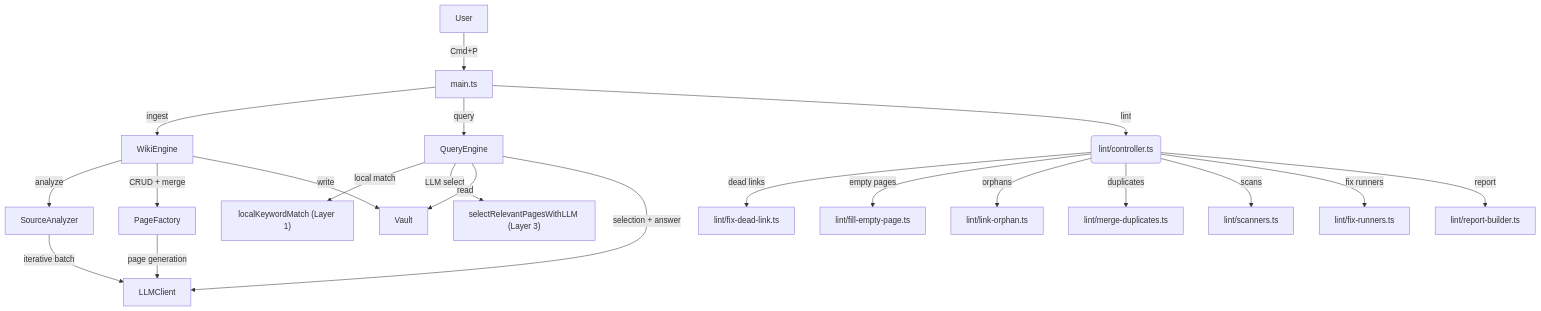
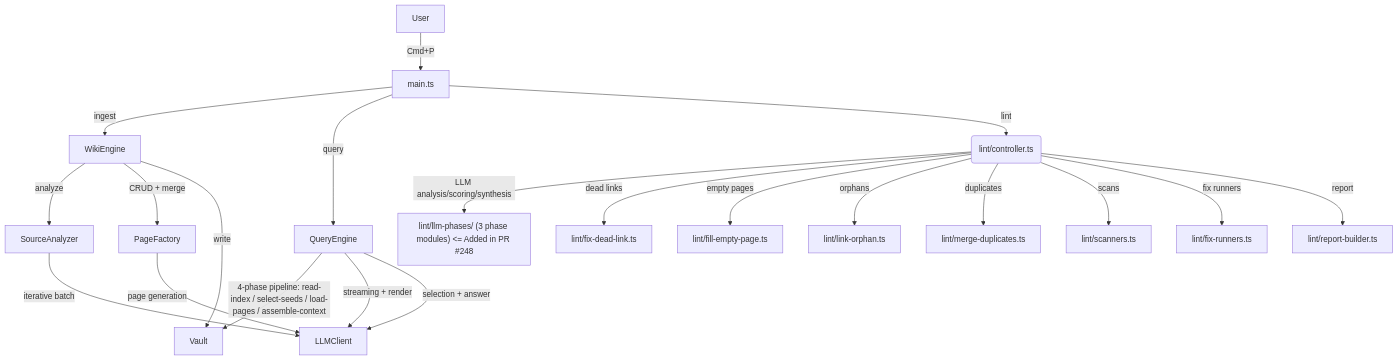
Before and after one commit to green-dalii/obsidian-llm-wiki: the diagram in CONTRIBUTING.md, drawn with Mermaid. The commit also changed other lines of this file and 12 other files, not shown here.

````diff
--- a/CONTRIBUTING.md
+++ b/CONTRIBUTING.md
@@ -179,27 +186,27 @@
 ```mermaid
 graph TD
     User -->|Cmd+P| main.ts
     main.ts -->|ingest| WikiEngine
     main.ts -->|query| QueryEngine
-    main.ts -->|lint| lint("lint/controller.ts")
+    main.ts -->|lint| lint("lint/controller.ts + 3 phase modules")
 
     WikiEngine -->|analyze| SourceAnalyzer
     WikiEngine -->|CRUD + merge| PageFactory
     WikiEngine -->|write| Vault
 
-    QueryEngine -->|local match| localKeywordMatch["localKeywordMatch (Layer 1)"]
-    QueryEngine -->|LLM select| selectRelevantPagesWithLLM["selectRelevantPagesWithLLM (Layer 3)"]
-    QueryEngine -->|read| Vault
+    QueryEngine -->|4-phase pipeline: read-index / select-seeds / load-pages / assemble-context| Vault
+    QueryEngine -->|streaming + render| LLMClient
 
+    lint("lint/controller.ts") -->|LLM analysis/scoring/synthesis| llm-phases["lint/llm-phases/ (3 phase modules) <= Added in PR #248"]
     lint("lint/controller.ts") -->|dead links| fix-dead-link["lint/fix-dead-link.ts"]
     lint("lint/controller.ts") -->|empty pages| fill-empty-page["lint/fill-empty-page.ts"]
     lint("lint/controller.ts") -->|orphans| link-orphan["lint/link-orphan.ts"]
     lint("lint/controller.ts") -->|duplicates| merge-duplicates["lint/merge-duplicates.ts"]
     lint("lint/controller.ts") -->|scans| scanners["lint/scanners.ts"]
     lint("lint/controller.ts") -->|fix runners| fix-runners["lint/fix-runners.ts"]
     lint("lint/controller.ts") -->|report| report-builder["lint/report-builder.ts"]
 
     SourceAnalyzer -->|iterative batch| LLMClient
     PageFactory -->|page generation| LLMClient
     QueryEngine -->|selection + answer| LLMClient
 ```
````
